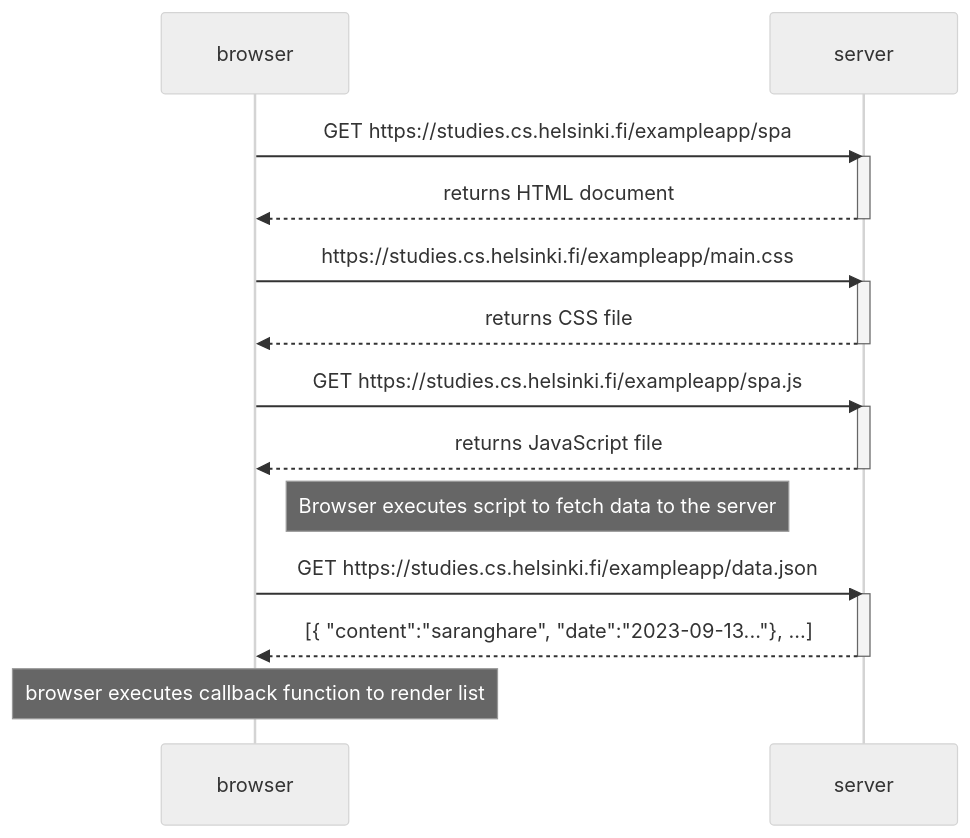
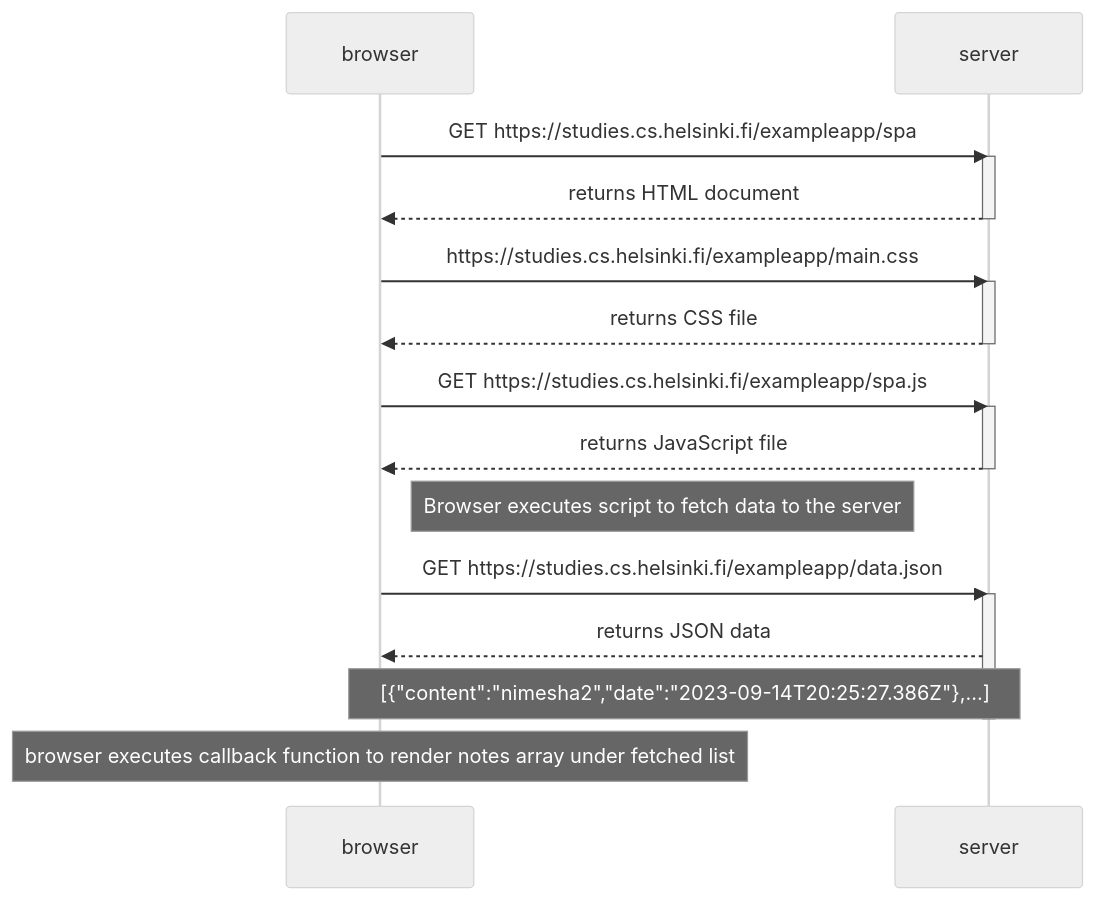
Before and after one commit to Dani-0TB/fullstack-open-submissions: the diagram in part0/0.5-sp-app-diagram.md, drawn with Mermaid (neutral theme). The commit also changed 2 other files, not shown here.

Commit message:
starndardized diagram legend

````diff
--- a/part0/0.5-sp-app-diagram.md
+++ b/part0/0.5-sp-app-diagram.md
@@ -3,30 +3,31 @@
 ```mermaid
 
 sequenceDiagram
   participant browser
   participant server
 
   browser->>server: GET https://studies.cs.helsinki.fi/exampleapp/spa
   activate server
   server-->>browser: returns HTML document
   deactivate server
 
   browser->>server: https://studies.cs.helsinki.fi/exampleapp/main.css
   activate server
   server-->>browser: returns CSS file
   deactivate server
   
   browser->>server: GET https://studies.cs.helsinki.fi/exampleapp/spa.js
   activate server
   server-->>browser: returns JavaScript file
   deactivate server
 
   note right of browser: Browser executes script to fetch data to the server
   
   browser->>server: GET https://studies.cs.helsinki.fi/exampleapp/data.json
   activate server
-  server-->>browser: [{ "content":"saranghare", "date":"2023-09-13..."}, ...]
+  server-->>browser: returns JSON data
+  note over browser,server: [{"content":"nimesha2","date":"2023-09-14T20:25:27.386Z"},...]
   deactivate server
 
-  note over browser: browser executes callback function to render list
+  note over browser: browser executes callback function to render notes array under fetched list
 ```
````
